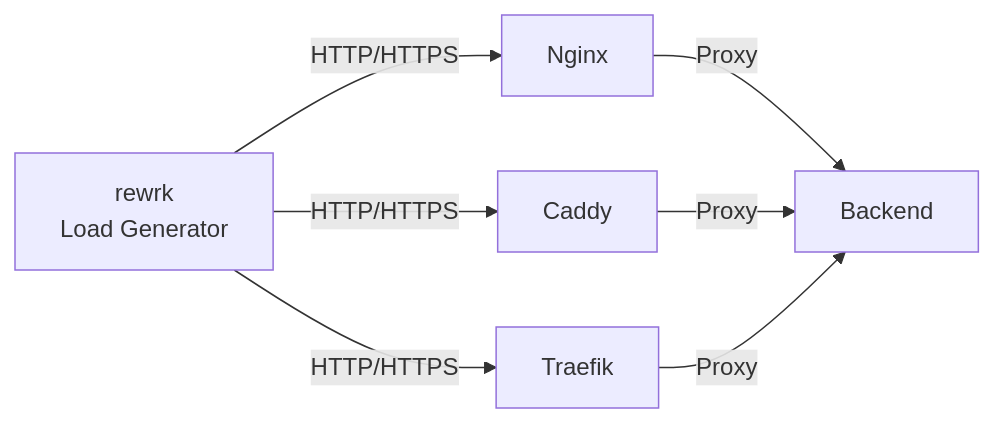
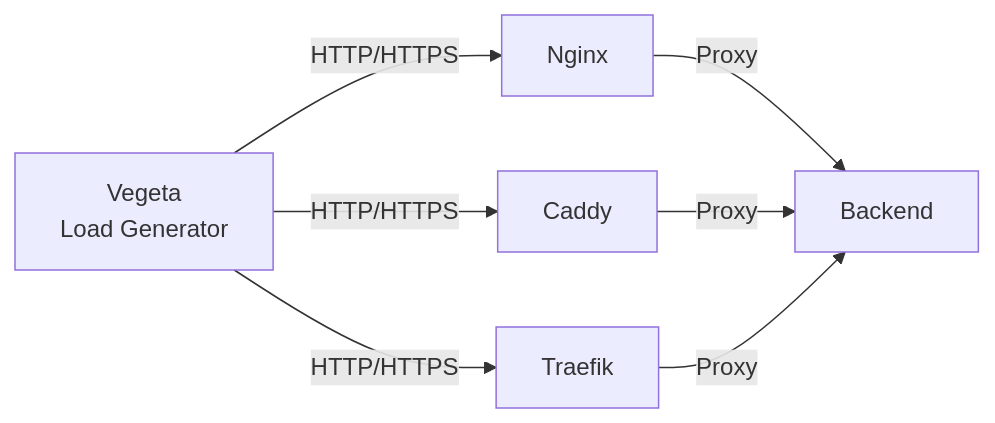
One commit to fabianwimberger/reverse-proxy-benchmark changed the diagram in README.md. Above: the diagram before and after it, drawn with Mermaid. The commit also changed other lines of this file and 6 other files, not shown here.

First line of the commit message:
refactor: migrate from rewrk to Vegeta load generator

````diff
--- a/README.md
+++ b/README.md
@@ -14,9 +27,9 @@
 ```mermaid
 graph LR
-    A[rewrk<br/>Load Generator] -->|HTTP/HTTPS| B[Nginx]
+    A[Vegeta<br/>Load Generator] -->|HTTP/HTTPS| B[Nginx]
     A -->|HTTP/HTTPS| C[Caddy]
     A -->|HTTP/HTTPS| D[Traefik]
     B -->|Proxy| E[Backend]
     C -->|Proxy| E
     D -->|Proxy| E
 ```
````
